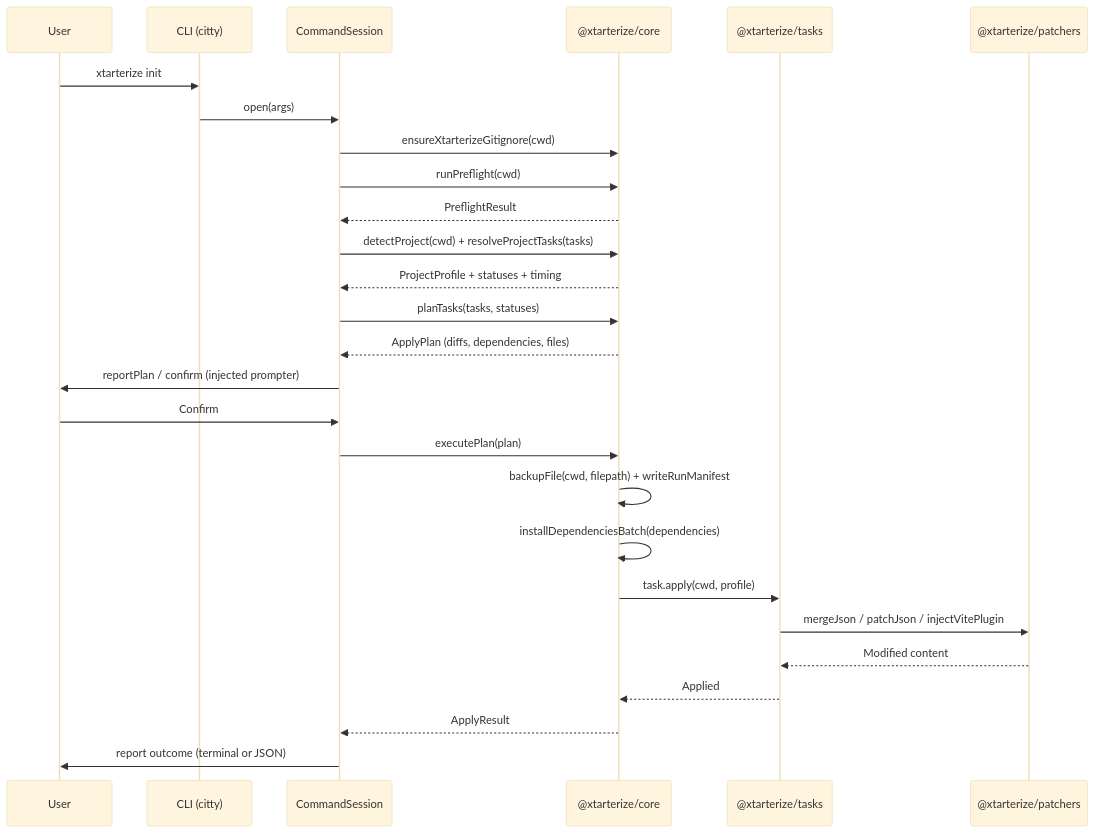
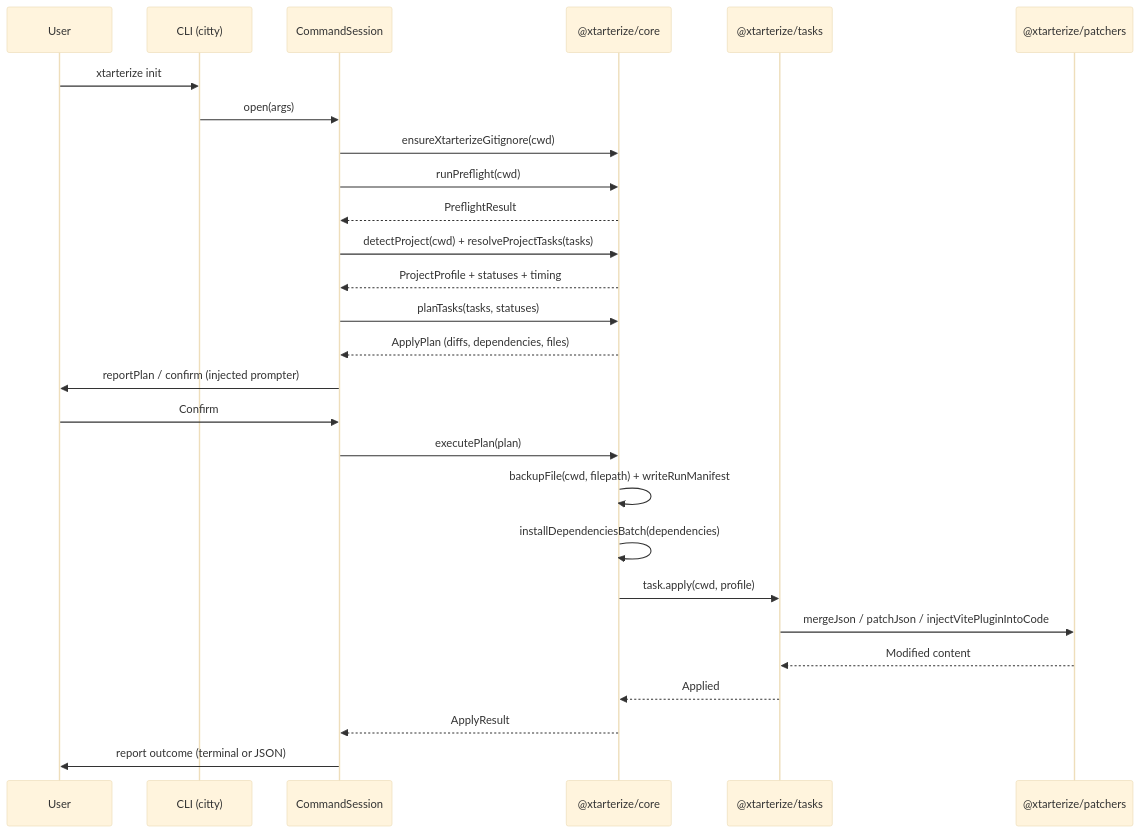
One commit to agustinusnathaniel/xtarter changed the second of 2 diagrams in apps/docs/src/content/docs/xtarterize/contributing/architecture/overview.mdx. Above: the diagram before and after it, drawn with Mermaid (base theme). The commit also changed other lines of this file and 7 other files, not shown here.

````diff
--- a/apps/docs/src/content/docs/xtarterize/contributing/architecture/overview.mdx
+++ b/apps/docs/src/content/docs/xtarterize/contributing/architecture/overview.mdx
@@ -54,30 +54,30 @@
 ```mermaid
 sequenceDiagram
     participant User
     participant CLI as CLI (citty)
     participant Session as CommandSession
     participant Core as @xtarterize/core
     participant Tasks as @xtarterize/tasks
     participant Patchers as @xtarterize/patchers
 
     User->>CLI: xtarterize init
     CLI->>Session: open(args)
     Session->>Core: ensureXtarterizeGitignore(cwd)
     Session->>Core: runPreflight(cwd)
     Core-->>Session: PreflightResult
     Session->>Core: detectProject(cwd) + resolveProjectTasks(tasks)
     Core-->>Session: ProjectProfile + statuses + timing
     Session->>Core: planTasks(tasks, statuses)
     Core-->>Session: ApplyPlan (diffs, dependencies, files)
     Session->>User: reportPlan / confirm (injected prompter)
     User->>Session: Confirm
     Session->>Core: executePlan(plan)
     Core->>Core: backupFile(cwd, filepath) + writeRunManifest
     Core->>Core: installDependenciesBatch(dependencies)
     Core->>Tasks: task.apply(cwd, profile)
-    Tasks->>Patchers: mergeJson / patchJson / injectVitePlugin
+    Tasks->>Patchers: mergeJson / patchJson / injectVitePluginIntoCode
     Patchers-->>Tasks: Modified content
     Tasks-->>Core: Applied
     Core-->>Session: ApplyResult
     Session->>User: report outcome (terminal or JSON)
 ```
````
